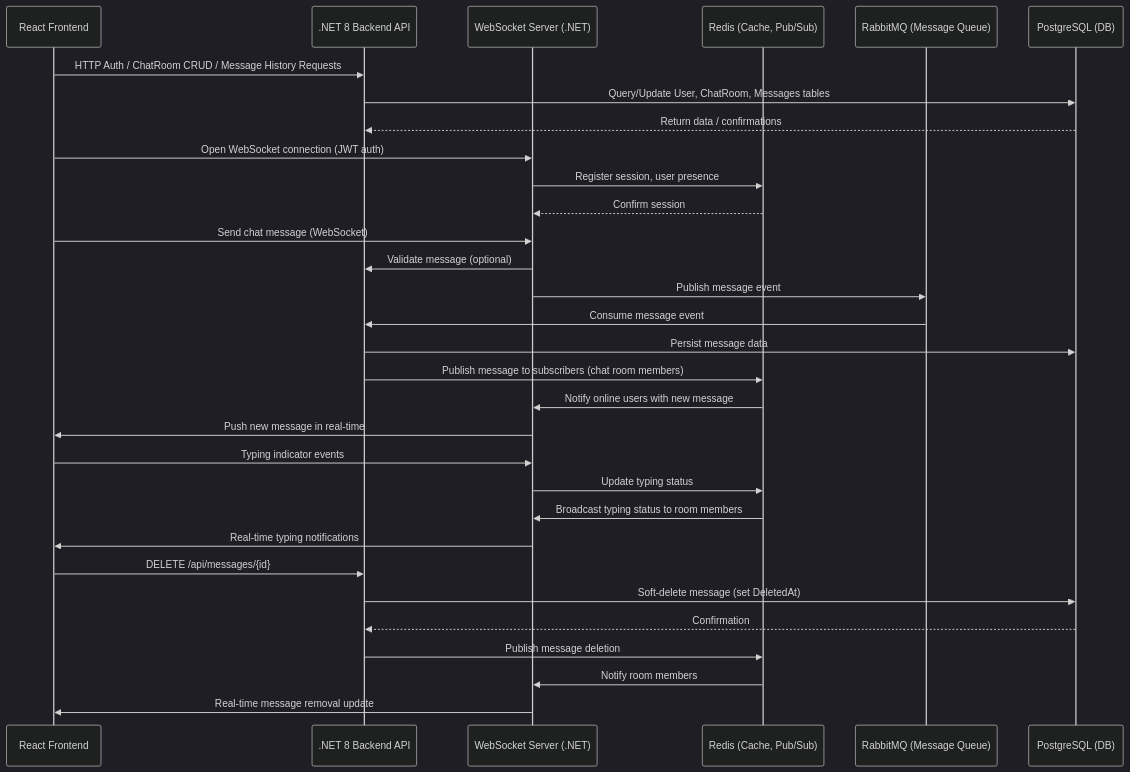
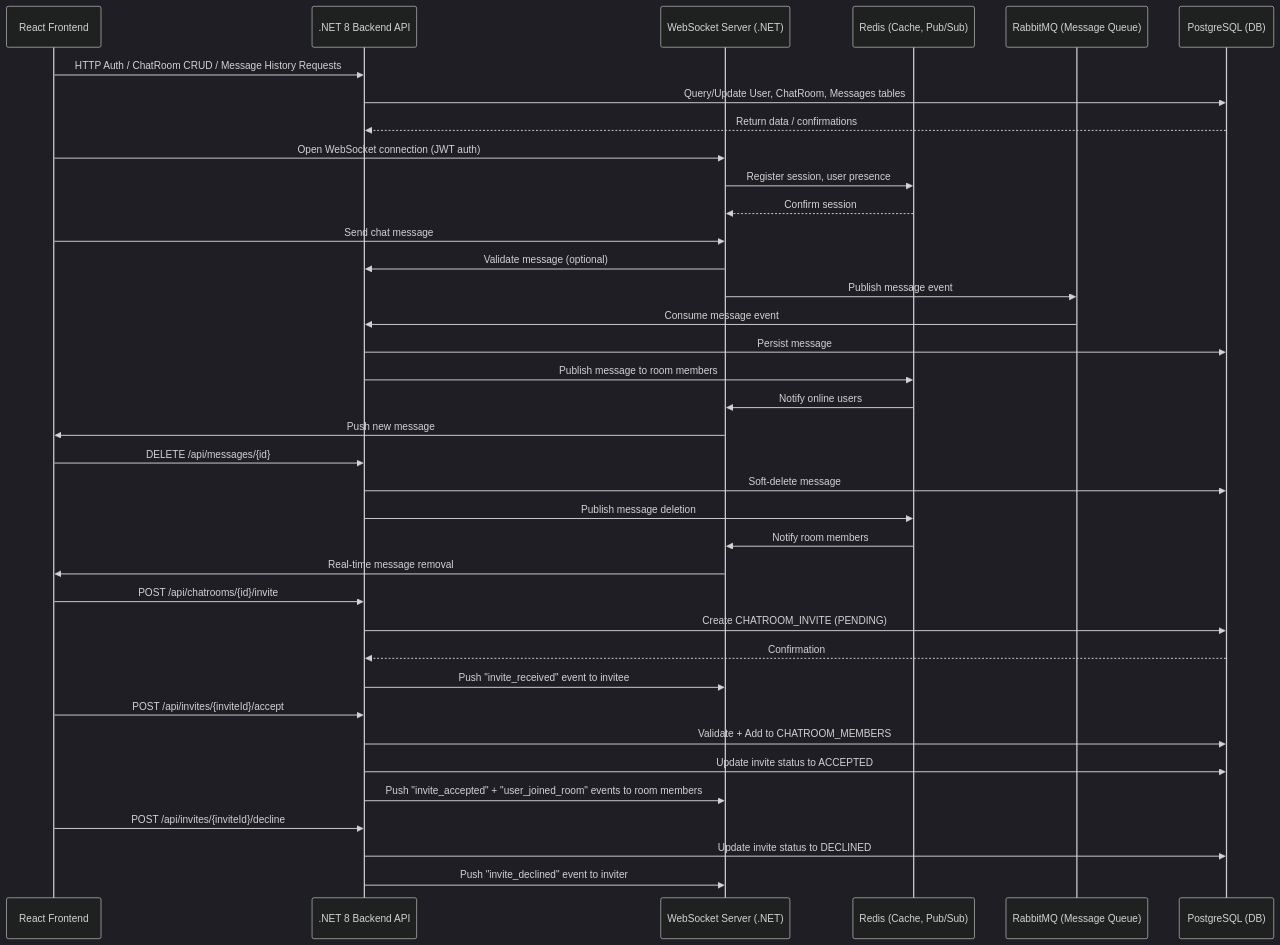
One commit to Daffc/Chat_Manager changed the first of 2 diagrams in PRD.md. Above: the diagram before and after it, drawn with Mermaid (dark theme). The commit also changed other lines of this file, not shown here.

Commit message:
Updating PRD Document with invitation functionalities.

````diff
--- a/PRD.md
+++ b/PRD.md
@@ -84,40 +96,54 @@
 ```mermaid
 sequenceDiagram
     participant User as React Frontend
     participant API as .NET 8 Backend API
     participant WS as WebSocket Server (.NET)
     participant Redis as Redis (Cache, Pub/Sub)
     participant RabbitMQ as RabbitMQ (Message Queue)
     participant DB as PostgreSQL (DB)
 
+    %% --- Authentication & CRUD ---
     User->>API: HTTP Auth / ChatRoom CRUD / Message History Requests
     API->>DB: Query/Update User, ChatRoom, Messages tables
     DB-->>API: Return data / confirmations
 
+    %% --- WebSocket Connection ---
     User->>WS: Open WebSocket connection (JWT auth)
     WS->>Redis: Register session, user presence
     Redis-->>WS: Confirm session
 
-    User->>WS: Send chat message (WebSocket)
+    %% --- Sending Message ---
+    User->>WS: Send chat message
     WS->>API: Validate message (optional)
     WS->>RabbitMQ: Publish message event
+    RabbitMQ->>API: Consume message event
+    API->>DB: Persist message
+    API->>Redis: Publish message to room members
+    Redis->>WS: Notify online users
+    WS->>User: Push new message
 
-    RabbitMQ->>API: Consume message event
-    API->>DB: Persist message data
-    API->>Redis: Publish message to subscribers (chat room members)
-
-    Redis->>WS: Notify online users with new message
-    WS->>User: Push new message in real-time
-
-    User->>WS: Typing indicator events
-    WS->>Redis: Update typing status
-    Redis->>WS: Broadcast typing status to room members
-    WS->>User: Real-time typing notifications
-
+    %% --- Deleting Message ---
     User->>API: DELETE /api/messages/{id}
-    API->>DB: Soft-delete message (set DeletedAt)
-    DB-->>API: Confirmation
+    API->>DB: Soft-delete message
     API->>Redis: Publish message deletion
     Redis->>WS: Notify room members
-    WS->>User: Real-time message removal update
+    WS->>User: Real-time message removal
+
+    %% --- Sending Invitation ---
+    User->>API: POST /api/chatrooms/{id}/invite
+    API->>DB: Create CHATROOM_INVITE (PENDING)
+    DB-->>API: Confirmation
+    API->>WS: Push "invite_received" event to invitee
+
+    %% --- Accepting Invitation ---
+    User->>API: POST /api/invites/{inviteId}/accept
+    API->>DB: Validate + Add to CHATROOM_MEMBERS
+    API->>DB: Update invite status to ACCEPTED
+    API->>WS: Push "invite_accepted" + "user_joined_room" events to room members
+
+    %% --- Declining Invitation ---
+    User->>API: POST /api/invites/{inviteId}/decline
+    API->>DB: Update invite status to DECLINED
+    API->>WS: Push "invite_declined" event to inviter
+
 ```
````
